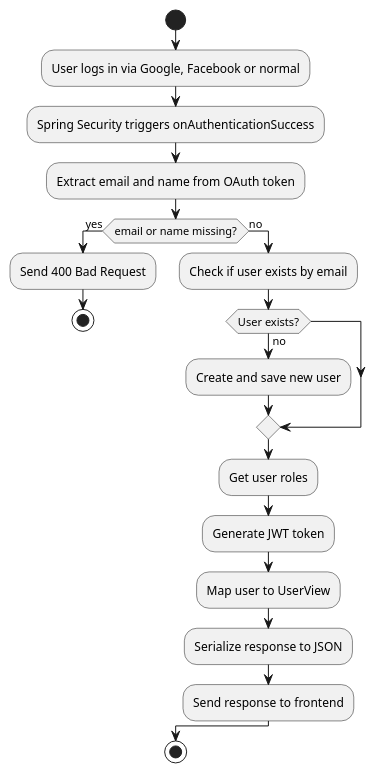
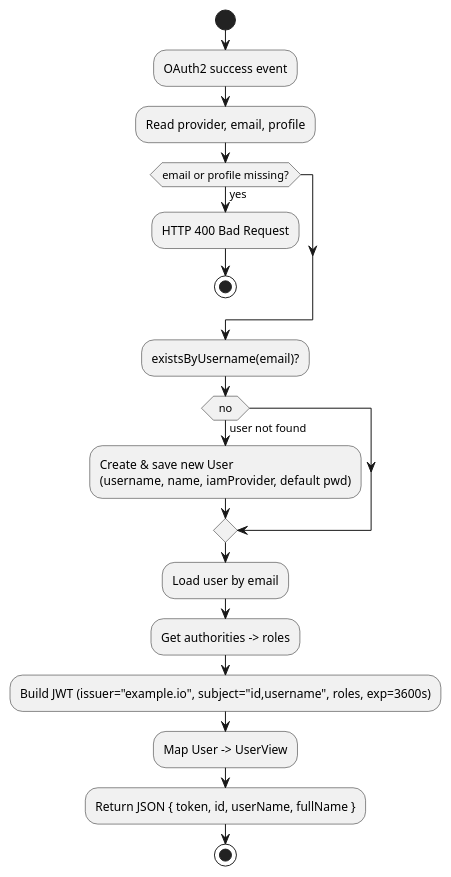
One commit to MaximeSchuybroeck/ARQSOFT_August changed the diagram in Docs/Architecture_files/Phase_1/diagrams/OAuthLoginFlow/ActivityDiagram.puml. Above: the diagram before and after it, drawn with PlantUML. The commit also changed 18 other files, not shown here.

Commit message:
Updated software-architecture files for both phases. PHASE 1: added UML-diagram description .md documents, added design-alternatives.md file, updated OAuthLoginFlow UML-diagrams with the current logic, added access instructions. PHASE 2: added access instructions

```diff
--- a/Docs/Architecture_files/Phase_1/diagrams/OAuthLoginFlow/ActivityDiagram.puml
+++ b/Docs/Architecture_files/Phase_1/diagrams/OAuthLoginFlow/ActivityDiagram.puml
@@ -1,29 +1,22 @@
 @startuml
 start
+:OAuth2 success event;
+:Read provider, email, profile;
 
-:User logs in via Google, Facebook or normal;
-
-:Spring Security triggers onAuthenticationSuccess;
-
-:Extract email and name from OAuth token;
-
-
-if (email or name missing?) then (yes)
-  :Send 400 Bad Request;
+if (email or profile missing?) then (yes)
+  :HTTP 400 Bad Request;
   stop
-else (no)
-  :Check if user exists by email;
-
-  if (User exists?) then (no)
-    :Create and save new user;
-  endif
-
-  :Get user roles;
-  :Generate JWT token;
-  :Map user to UserView;
-  :Serialize response to JSON;
-  :Send response to frontend;
 endif
 
+:existsByUsername(email)?;
+if (no) then (user not found)
+  :Create & save new User\n(username, name, iamProvider, default pwd);
+endif
+
+:Load user by email;
+:Get authorities -> roles;
+:Build JWT (issuer="example.io", subject="id,username", roles, exp=3600s);
+:Map User -> UserView;
+:Return JSON { token, id, userName, fullName };
 stop
 @enduml
```
